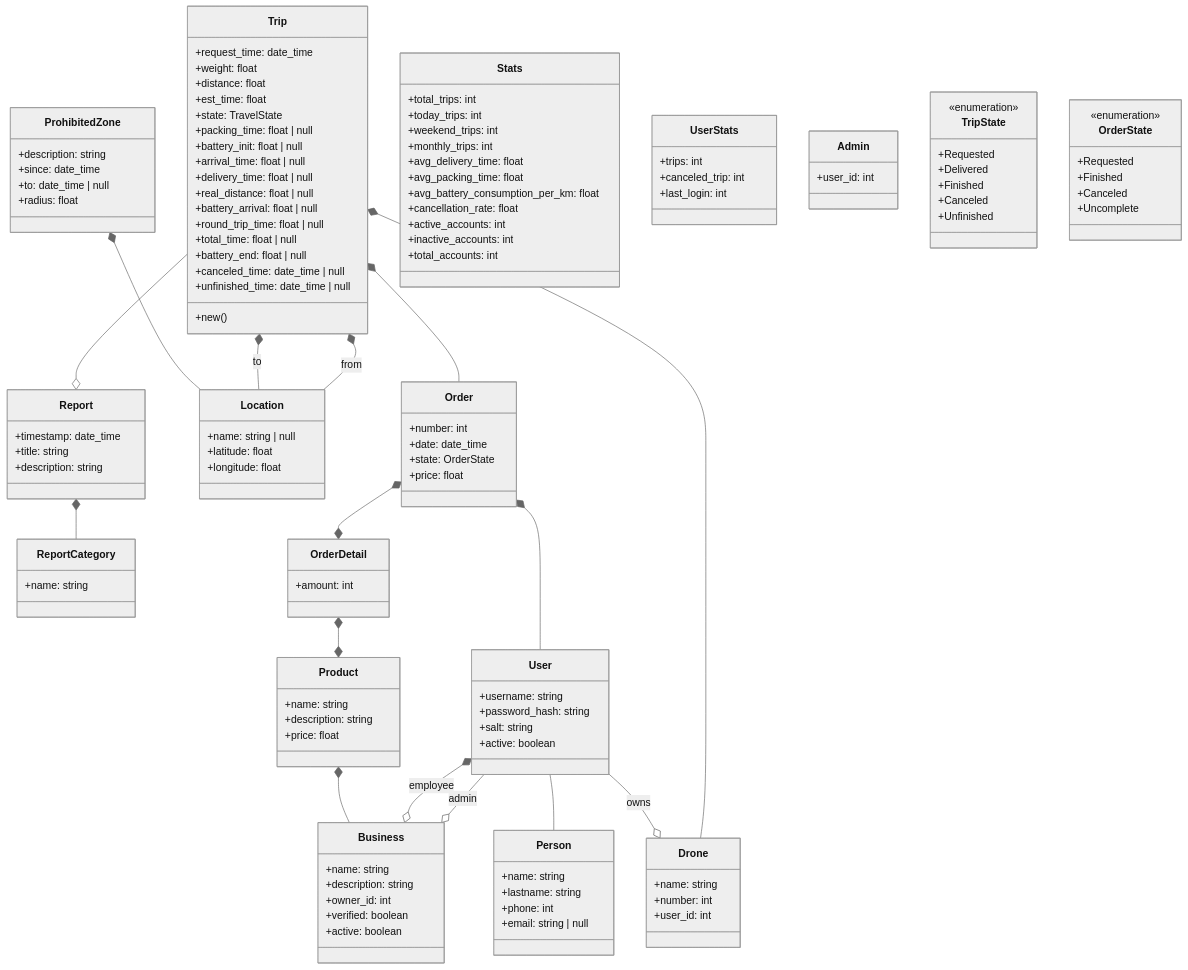
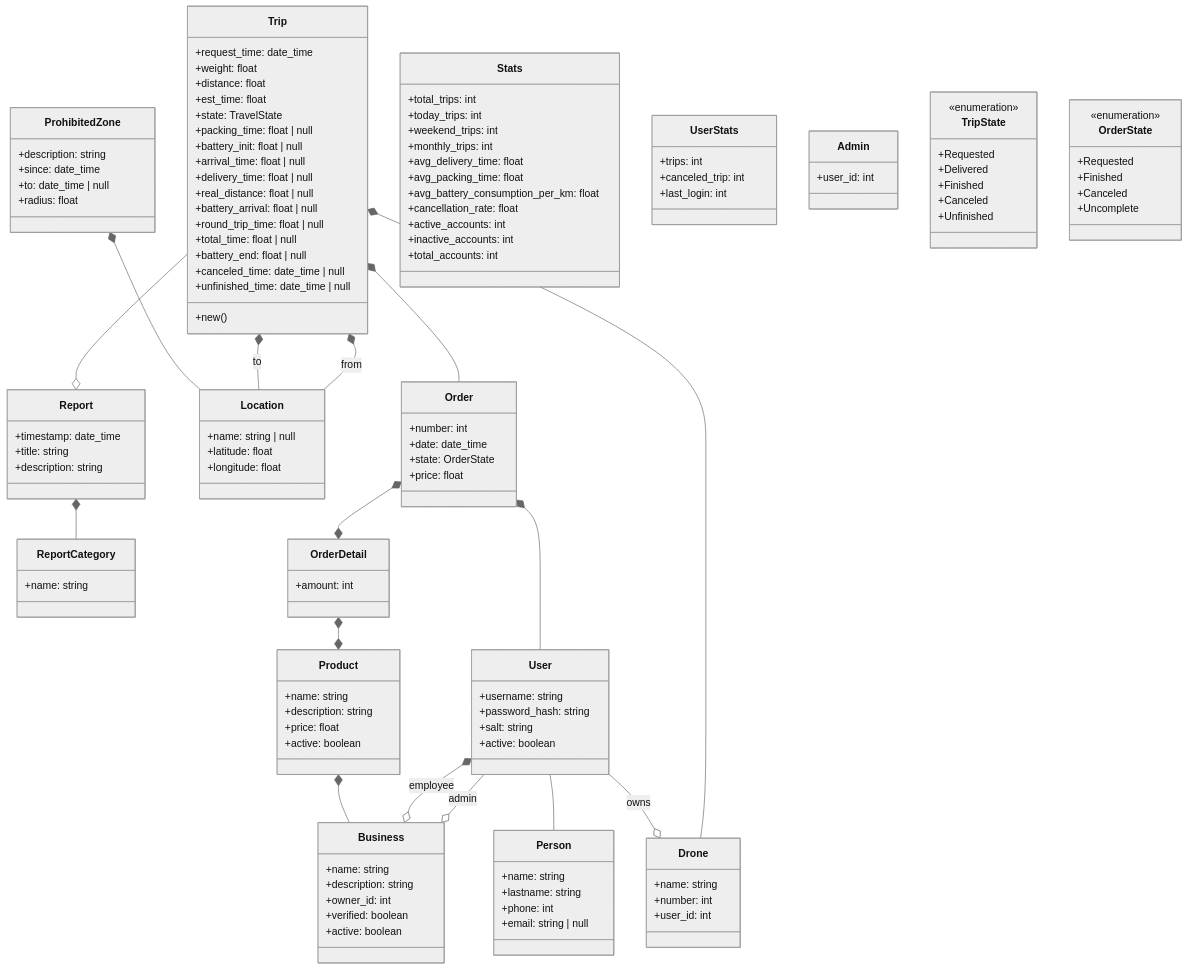
Before and after one commit to vector-sur/backend: the second of 3 diagrams in README.md, drawn with Mermaid (neutral theme). The commit also changed 9 other files, not shown here.

```diff
--- a/README.md
+++ b/README.md
@@ -121,7 +121,8 @@
     class Product {
         +name: string
         +description: string 
-        +price: float 
+        +price: float
+        +active: boolean
     }
 
     class Business {
```
